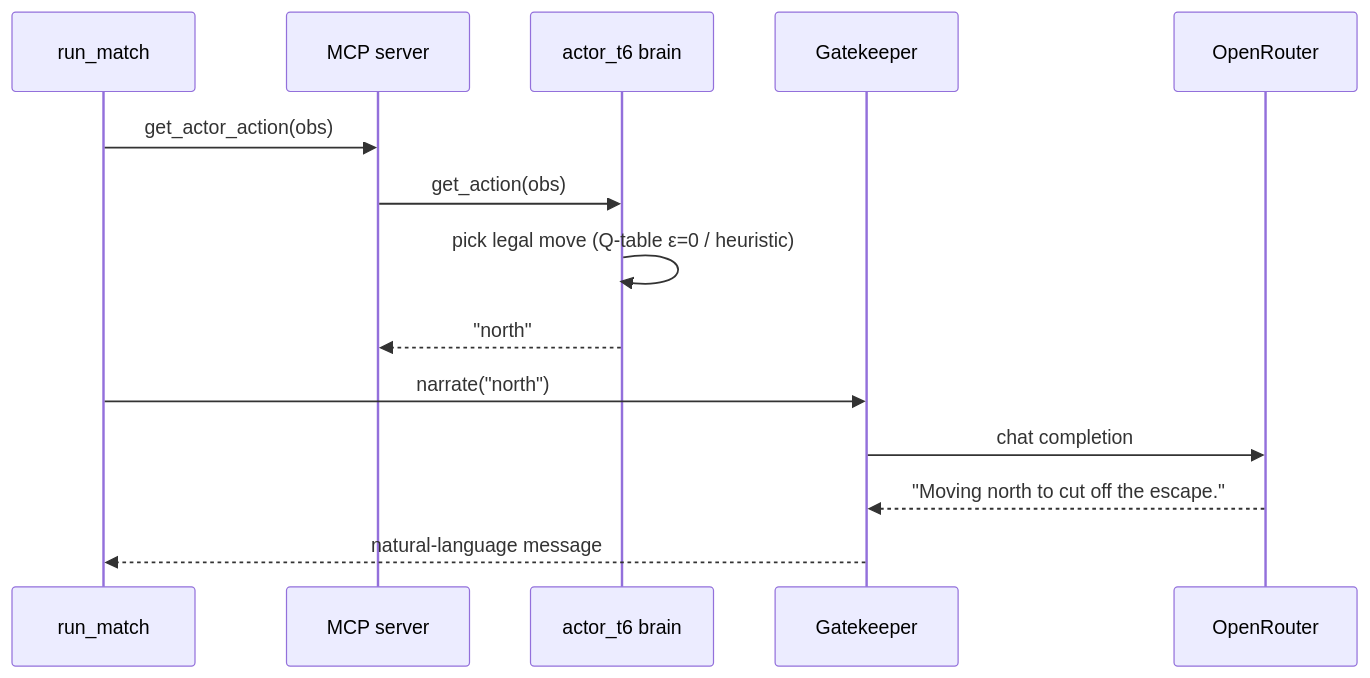
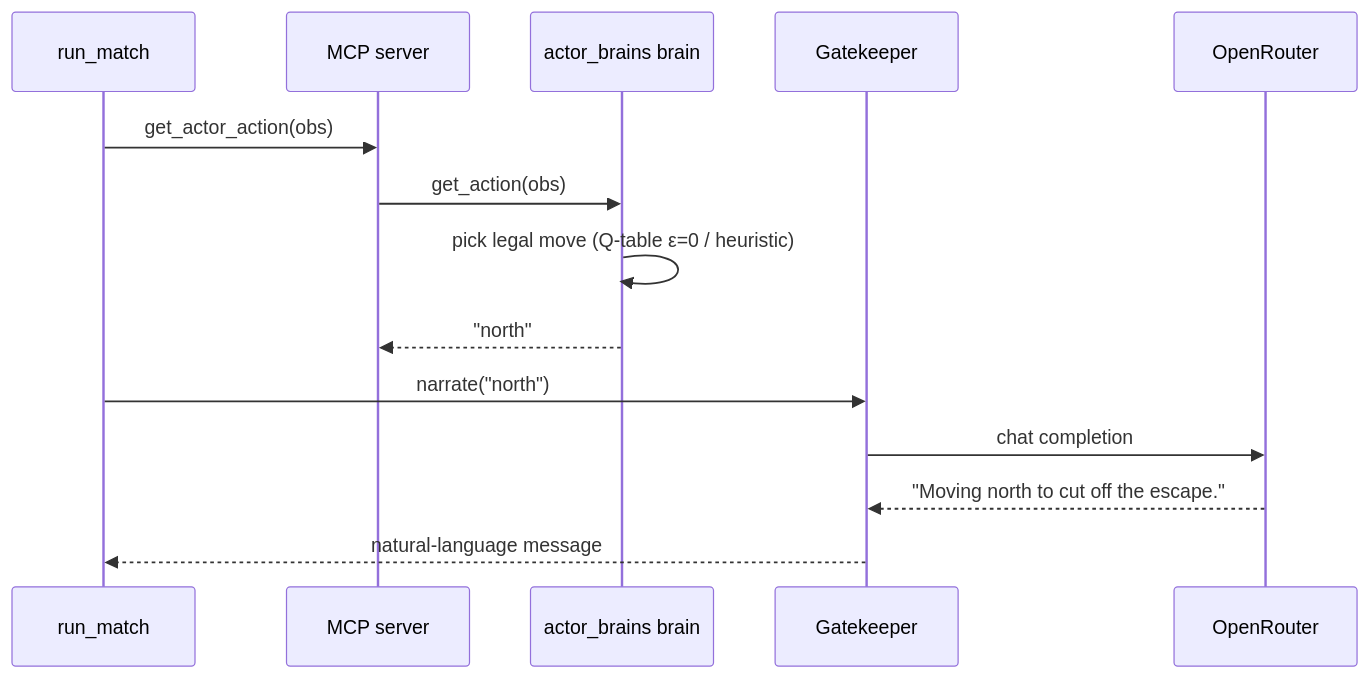
One commit to evya1/AI-actor-game changed the third of 5 diagrams in README.md. Above: the diagram before and after it, drawn with Mermaid. The commit also changed other lines of this file and 42 other files, not shown here.

````diff
--- a/README.md
+++ b/README.md
@@ -145,16 +159,16 @@
 ```mermaid
 sequenceDiagram
     participant O as run_match
     participant S as MCP server
-    participant A as actor_t6 brain
+    participant A as actor_brains brain
     participant G as Gatekeeper
     participant P as OpenRouter
     O->>S: get_actor_action(obs)
     S->>A: get_action(obs)
     A->>A: pick legal move (Q-table ε=0 / heuristic)
     A-->>S: "north"
     O->>G: narrate("north")
     G->>P: chat completion
     P-->>G: "Moving north to cut off the escape."
     G-->>O: natural-language message
 ```
````
